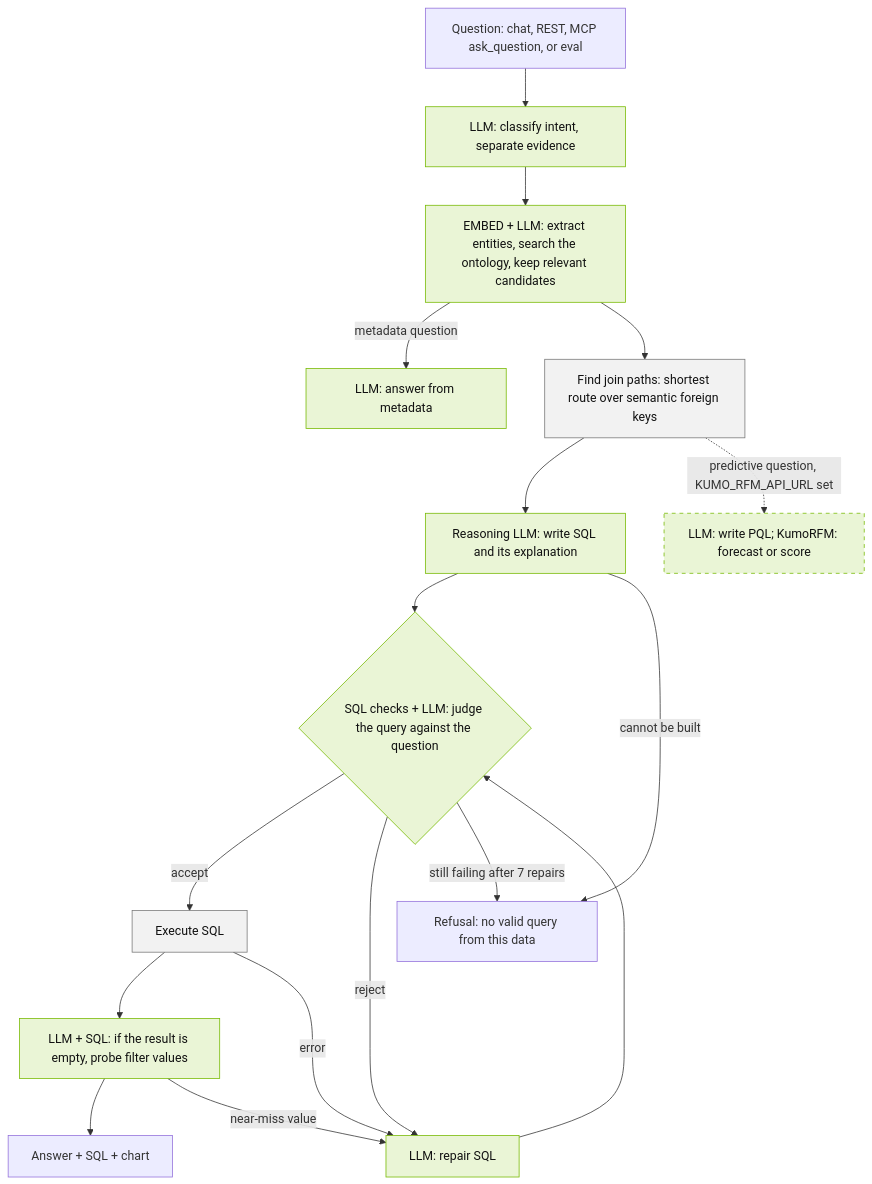
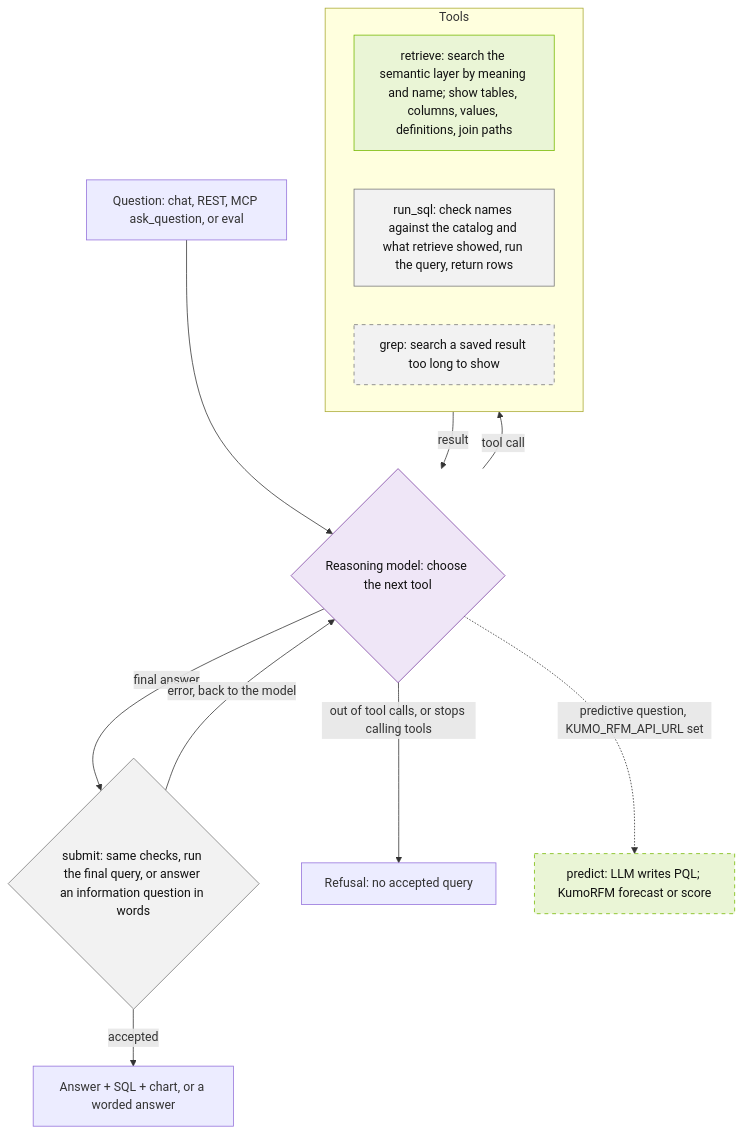
One commit to NVIDIA/auto-ontology changed the third of 3 diagrams in docs/architecture.md. Above: the diagram before and after it, drawn with Mermaid. The commit also changed other lines of this file and 1 other file, not shown here.

First line of the commit message:
Document the ReAct agent now on main (#488)

````diff
--- a/docs/architecture.md
+++ b/docs/architecture.md
@@ -204,32 +205,31 @@
 ```mermaid
 flowchart TD
   q["Question: chat, REST, MCP ask_question, or eval"]
-  intent["LLM: classify intent, separate evidence"]
-  ret["EMBED + LLM: extract entities, search the ontology, keep relevant candidates"]
-  meta["LLM: answer from metadata"]
-  join["Find join paths: shortest route over semantic foreign keys"]
-  gen["Reasoning LLM: write SQL and its explanation"]
-  judge{"SQL checks + LLM: judge the query against the question"}
-  fix["LLM: repair SQL"]
-  run["Execute SQL"]
-  check["LLM + SQL: if the result is empty, probe filter values"]
-  ans["Answer + SQL + chart"]
-  ref["Refusal: no valid query from this data"]
-  kumo["LLM: write PQL; KumoRFM: forecast or score"]
-  q --> intent --> ret
-  ret -- "metadata question" --> meta
-  ret --> join --> gen --> judge
-  judge -- "accept" --> run --> check --> ans
-  judge -- "reject" --> fix --> judge
-  run -- "error" --> fix
-  check -- "near-miss value" --> fix
-  gen -- "cannot be built" --> ref
-  judge -- "still failing after 7 repairs" --> ref
-  join -. "predictive question, KUMO_RFM_API_URL set" .-> kumo
+  agent{"Reasoning model: choose the next tool"}
+  subgraph tools["Tools"]
+    direction LR
+    retrieve["retrieve: search the semantic layer by meaning and name; show tables, columns, values, definitions, join paths"]
+    runsql["run_sql: check names against the catalog and what retrieve showed, run the query, return rows"]
+    grep["grep: search a saved result too long to show"]
+  end
+  submit{"submit: same checks, run the final query, or answer an information question in words"}
+  ans["Answer + SQL + chart, or a worded answer"]
+  ref["Refusal: no accepted query"]
+  predict["predict: LLM writes PQL; KumoRFM forecast or score"]
+  q --> agent
+  agent -- "tool call" --> tools
+  tools -- "result" --> agent
+  agent -- "final answer" --> submit
+  submit -- "accepted" --> ans
+  submit -- "error, back to the model" --> agent
+  agent -- "out of tool calls, or stops calling tools" --> ref
+  agent -. "predictive question, KUMO_RFM_API_URL set" .-> predict
   classDef model fill:#eaf5d6,stroke:#76b900,color:#111
   classDef det fill:#f2f2f2,stroke:#777,color:#111
+  classDef react fill:#efe6f7,stroke:#7b3fa0,color:#111
   classDef optional stroke-dasharray:5 5
-  class intent,ret,meta,gen,judge,fix,check,kumo model
-  class join,run det
-  class kumo optional
+  class agent react
+  class retrieve,predict model
+  class runsql,grep,submit det
+  class grep,predict optional
 ```
````
